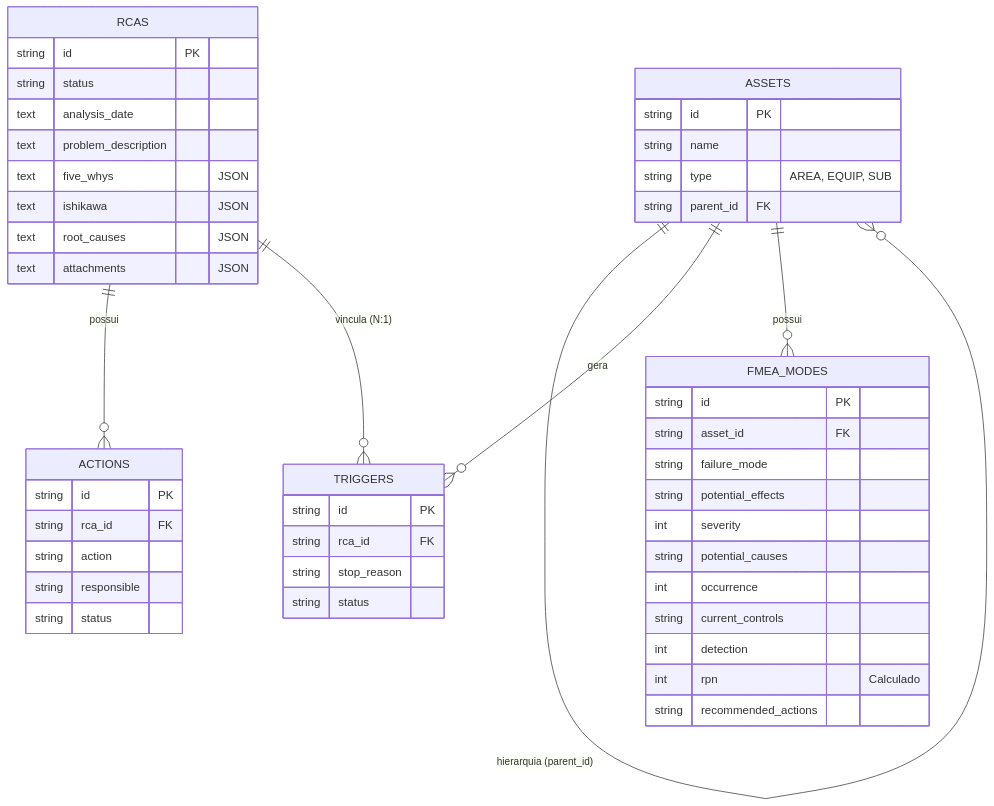
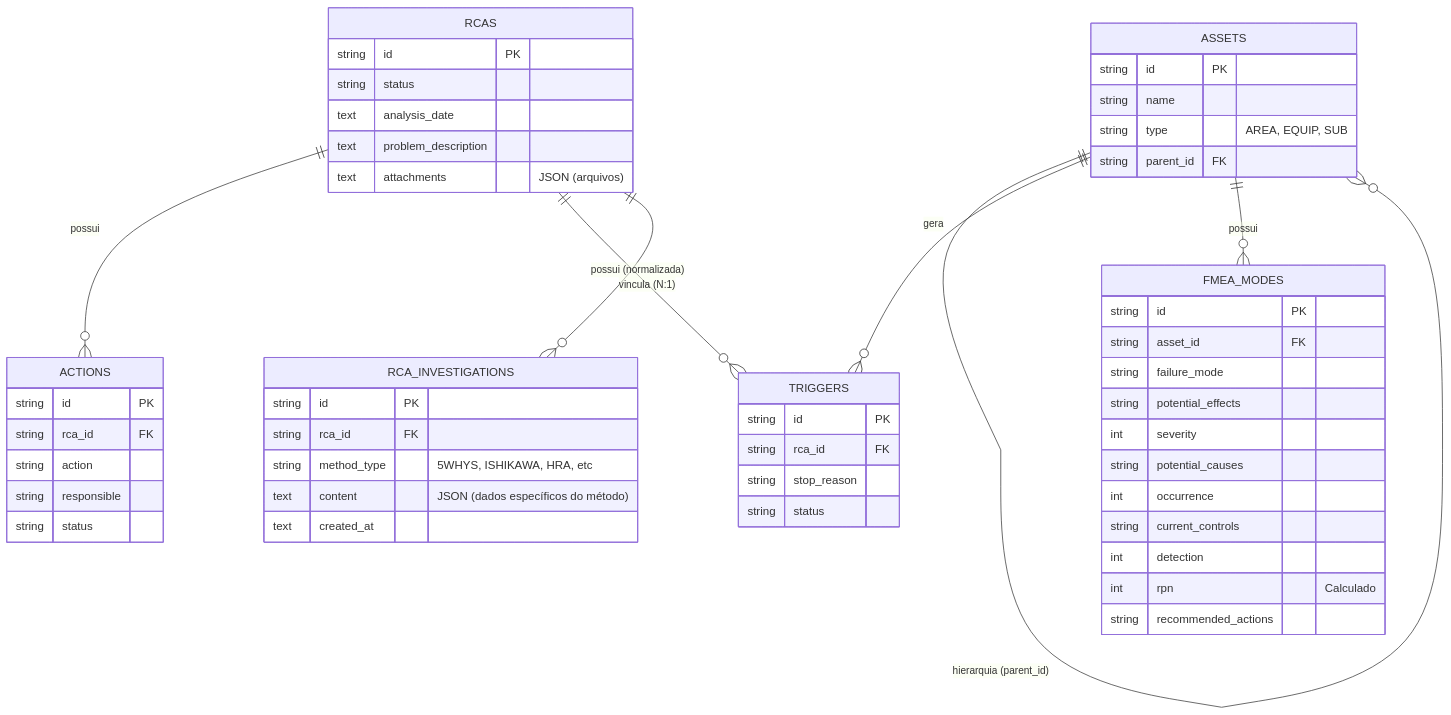
Before and after one commit to GuimaraesL/RCA-System: the diagram in docs/database/MODELO_DADOS.md, drawn with Mermaid. The commit also changed other lines of this file and 21 other files, not shown here.

````diff
--- a/docs/database/MODELO_DADOS.md
+++ b/docs/database/MODELO_DADOS.md
@@ -13,55 +13,61 @@
 ```mermaid
 erDiagram
     ASSETS ||--o{ ASSETS : "hierarquia (parent_id)"
     ASSETS ||--o{ TRIGGERS : "gera"
     ASSETS ||--o{ FMEA_MODES : "possui"
     RCAS ||--o{ ACTIONS : "possui"
     RCAS ||--o{ TRIGGERS : "vincula (N:1)"
+    RCAS ||--o{ RCA_INVESTIGATIONS : "possui (normalizada)"
     
     RCAS {
         string id PK
         string status
         text analysis_date
         text problem_description
-        text five_whys "JSON"
-        text ishikawa "JSON"
-        text root_causes "JSON"
-        text attachments "JSON"
+        text attachments "JSON (arquivos)"
+    }
+
+    RCA_INVESTIGATIONS {
+        string id PK
+        string rca_id FK
+        string method_type "5WHYS, ISHIKAWA, HRA, etc"
+        text content "JSON (dados específicos do método)"
+        text created_at
     }
 
     ACTIONS {
         string id PK
         string rca_id FK
         string action
         string responsible
         string status
     }
 
     TRIGGERS {
         string id PK
         string rca_id FK
         string stop_reason
         string status
     }
 
     ASSETS {
         string id PK
         string name
         string type "AREA, EQUIP, SUB"
         string parent_id FK
     }
 
     FMEA_MODES {
         string id PK
         string asset_id FK
         string failure_mode
         string potential_effects
         int severity
         string potential_causes
         int occurrence
         string current_controls
         int detection
         int rpn "Calculado"
         string recommended_actions
     }
 ```
````
